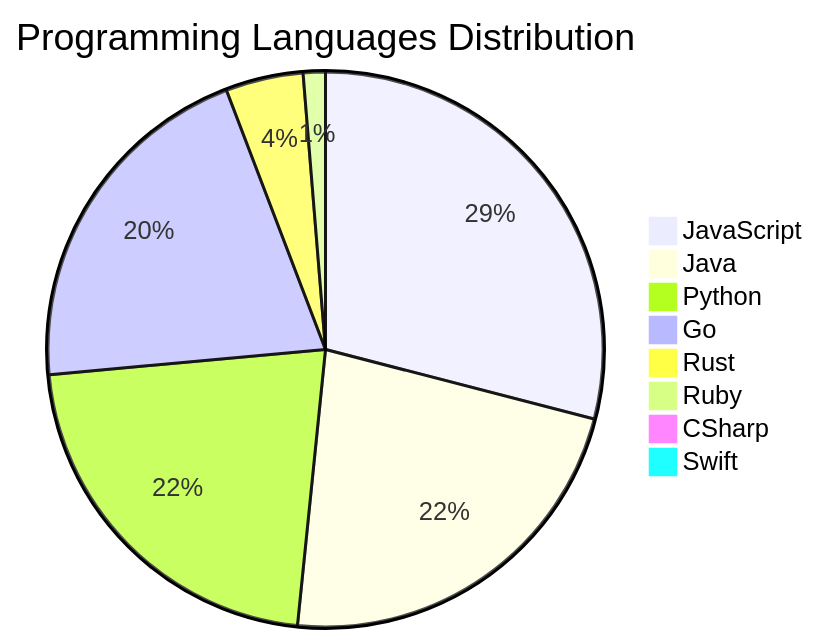
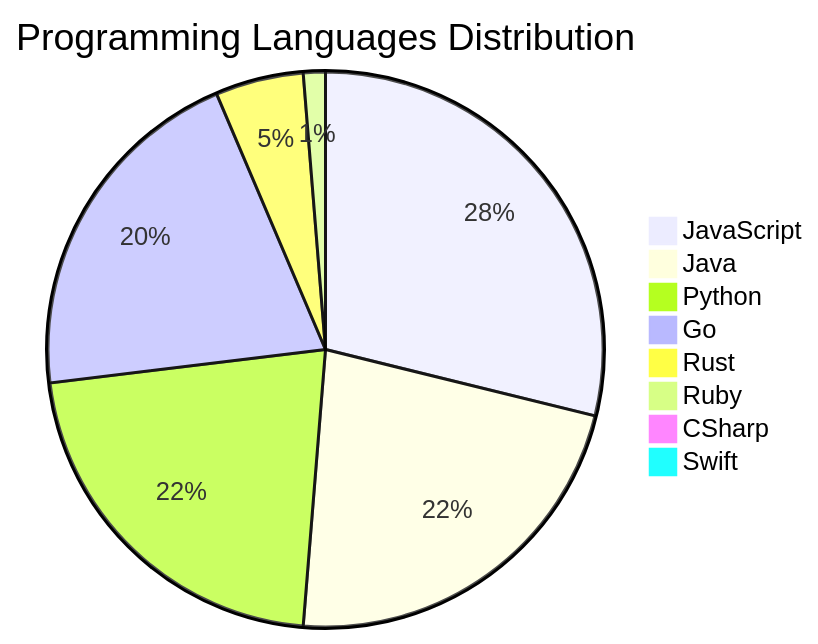
The diagram in README.md (Derrick-MUGISHA/github-activity-bot), drawn with Mermaid before and after one commit. The commit also changed other lines of this file and 4 other files, not shown here.

````diff
--- a/README.md
+++ b/README.md
@@ -209,11 +209,11 @@
 ```mermaid
 pie title Programming Languages Distribution
     "JavaScript" : 45
     "Java" : 35
     "Python" : 34
     "Go" : 32
-    "Rust" : 7
+    "Rust" : 8
     "Ruby" : 2
     "CSharp" : 1
     "Swift" : 1
 ```
````
